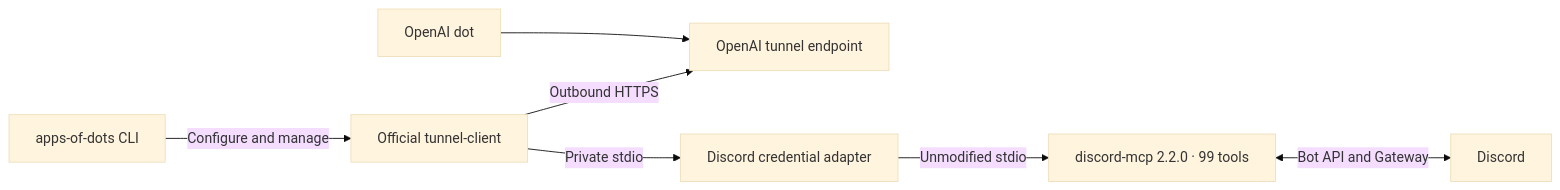
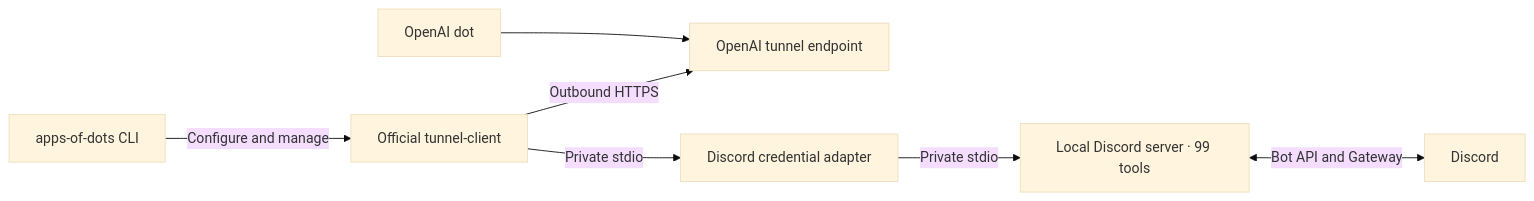
Before and after one commit to rokrokss/apps-of-dots: the diagram in docs/architecture.md, drawn with Mermaid (base theme). The commit also changed other lines of this file and 238 other files, not shown here.

````diff
--- a/docs/architecture.md
+++ b/docs/architecture.md
@@ -3,9 +3,9 @@
 ```mermaid
 flowchart LR
     Dot[OpenAI dot] --> Cloud[OpenAI tunnel endpoint]
     Tunnel[Official tunnel-client] -->|Outbound HTTPS| Cloud
     Tunnel -->|Private stdio| Adapter[Discord credential adapter]
-    Adapter -->|Unmodified stdio| MCP[discord-mcp 2.2.0 · 99 tools]
+    Adapter -->|Private stdio| MCP[Local Discord server · 99 tools]
     MCP <-->|Bot API and Gateway| Discord[Discord]
     CLI[apps-of-dots CLI] -->|Configure and manage| Tunnel
 ```
````
